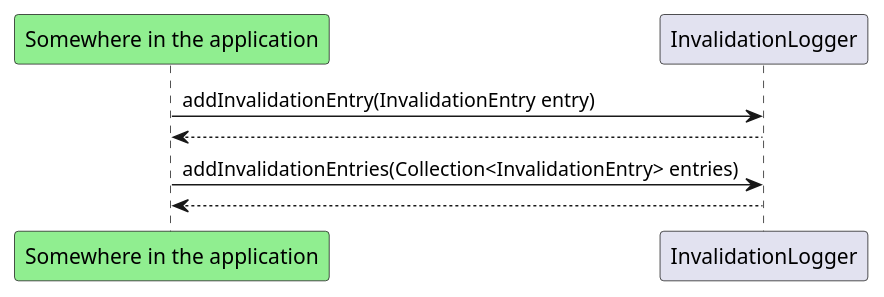
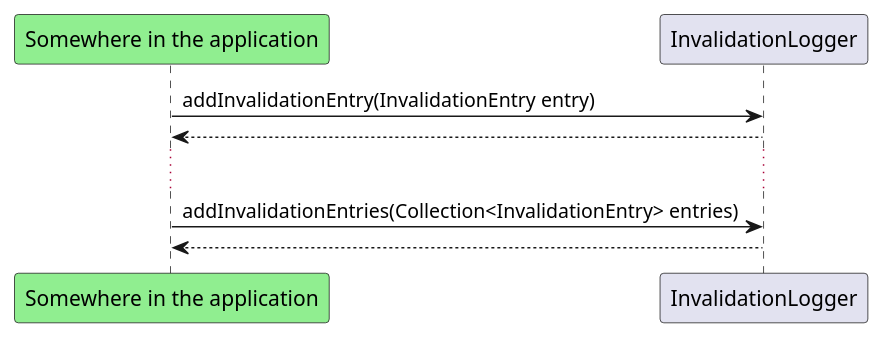
The diagram in src/doc/uml/collect_invalidation_entries.plantuml (ppodgorsek/juncacher), drawn with PlantUML before and after one commit. The commit also changed 3 other files, not shown here.

Commit message:
Updated the UML diagrams.

```diff
--- a/src/doc/uml/collect_invalidation_entries.plantuml
+++ b/src/doc/uml/collect_invalidation_entries.plantuml
@@ -1,11 +1,13 @@
 @startuml
 
 participant "Somewhere in the application" #lightgreen
 
 "Somewhere in the application" -> InvalidationLogger: addInvalidationEntry(InvalidationEntry entry)
 InvalidationLogger --> "Somewhere in the application"
 
+...
+
 "Somewhere in the application" -> InvalidationLogger: addInvalidationEntries(Collection<InvalidationEntry> entries)
 InvalidationLogger --> "Somewhere in the application"
 
 @enduml
```
